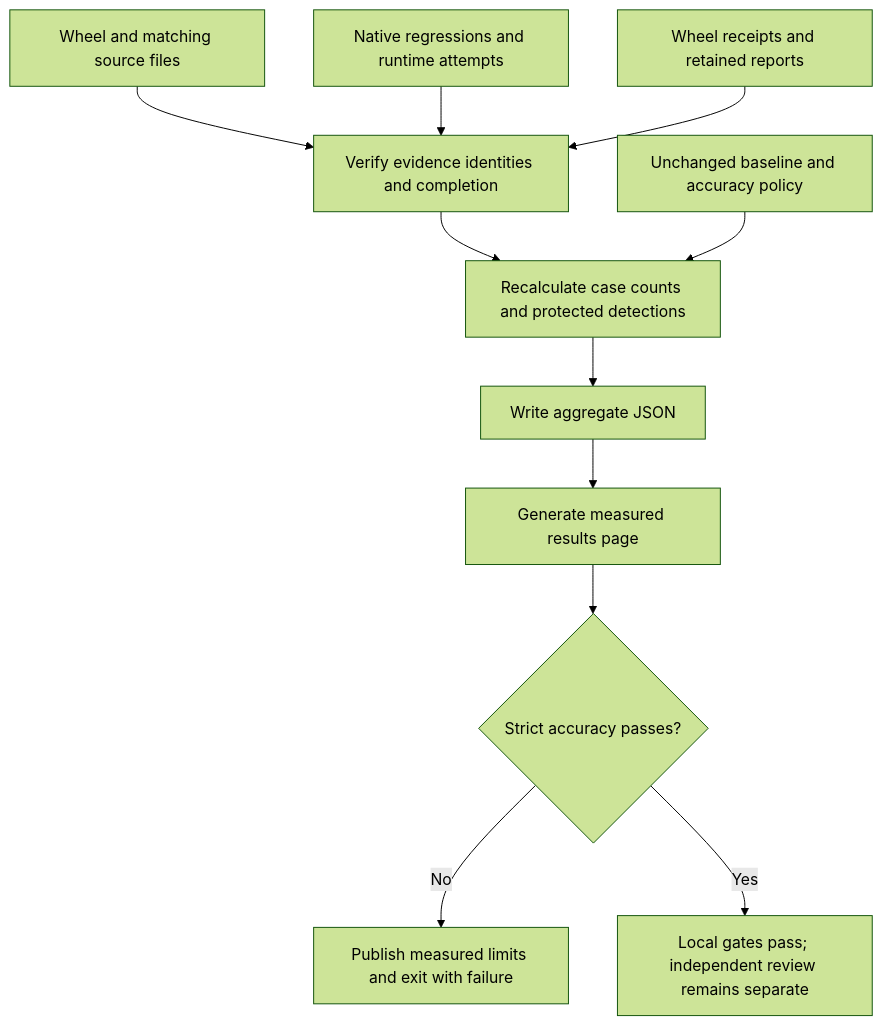
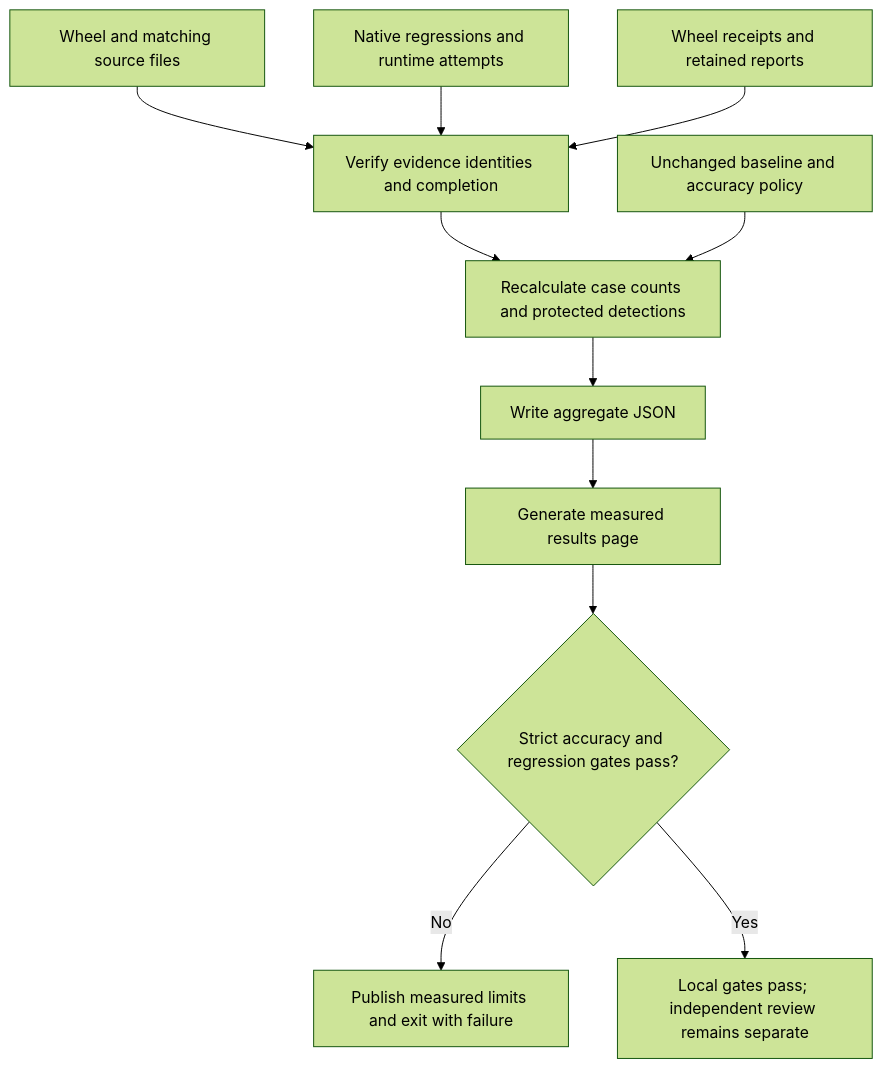
One commit to willtran87/project-py-security-suite changed the seventh of 7 diagrams in docs/validation-pipeline.md. Above: the diagram before and after it, drawn with Mermaid (forest theme). The commit also changed other lines of this file and 4 other files, not shown here.

````diff
--- a/docs/validation-pipeline.md
+++ b/docs/validation-pipeline.md
@@ -265,13 +265,13 @@
 ```mermaid
 flowchart TD
     W[Wheel and matching source files] --> V[Verify evidence identities and completion]
     N[Native regressions and runtime attempts] --> V
     R[Wheel receipts and retained reports] --> V
     V --> C[Recalculate case counts and protected detections]
     P[Unchanged baseline and accuracy policy] --> C
     C --> J[Write aggregate JSON]
     J --> M[Generate measured results page]
-    M --> G{Strict accuracy passes?}
+    M --> G{Strict accuracy and regression gates pass?}
     G -->|No| F[Publish measured limits and exit with failure]
     G -->|Yes| L[Local gates pass; independent review remains separate]
 ```
````
